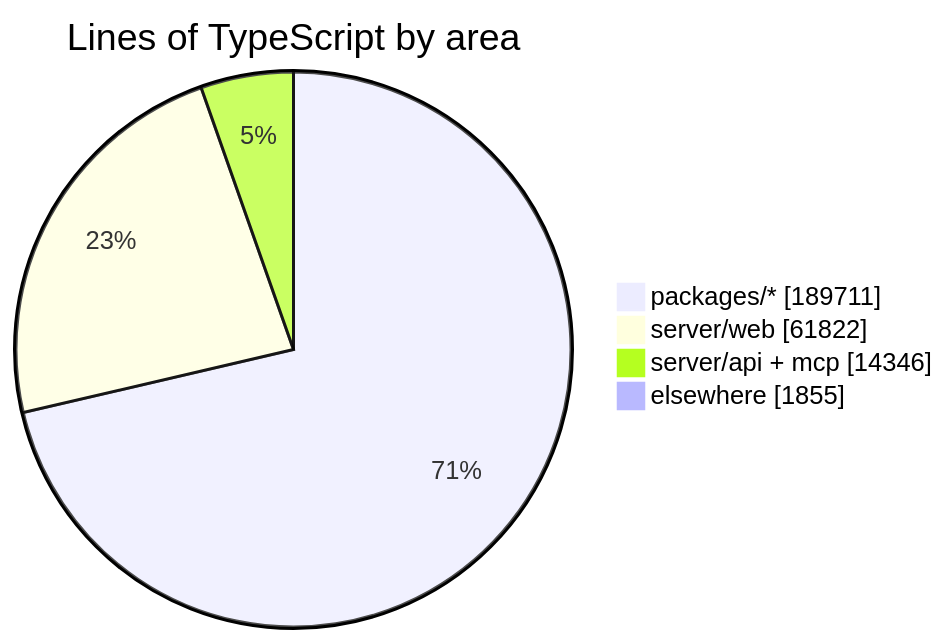
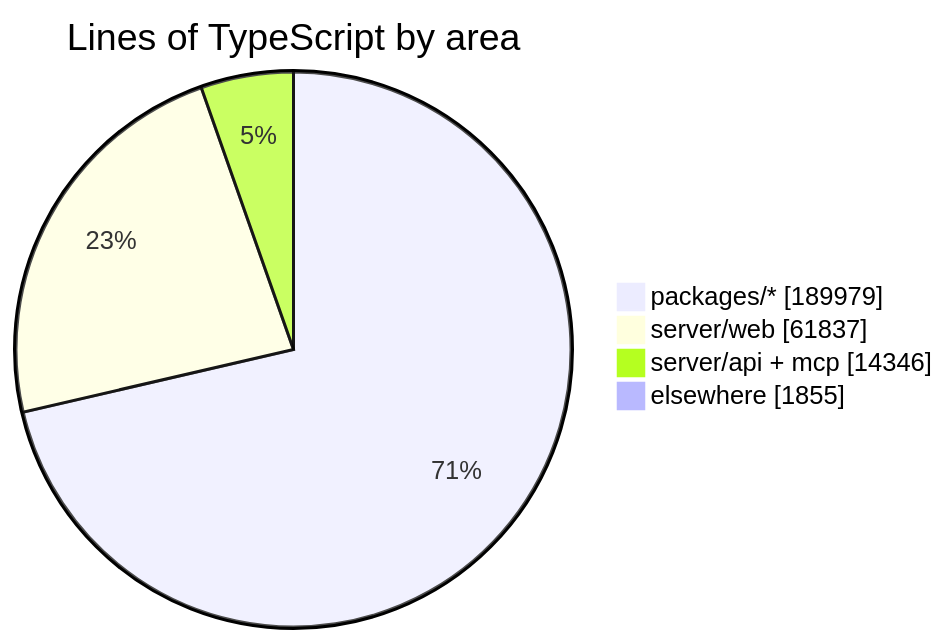
Before and after one commit to crossworks-engineering/mantle: the diagram in README.md, drawn with Mermaid. The commit also changed other lines of this file and 2 other files, not shown here.

````diff
--- a/README.md
+++ b/README.md
@@ -279,7 +279,7 @@
 ```mermaid
 pie showData title Lines of TypeScript by area
-    "packages/*" : 189711
-    "server/web" : 61822
+    "packages/*" : 189979
+    "server/web" : 61837
     "server/api + mcp" : 14346
     "elsewhere" : 1855
 ```
````
